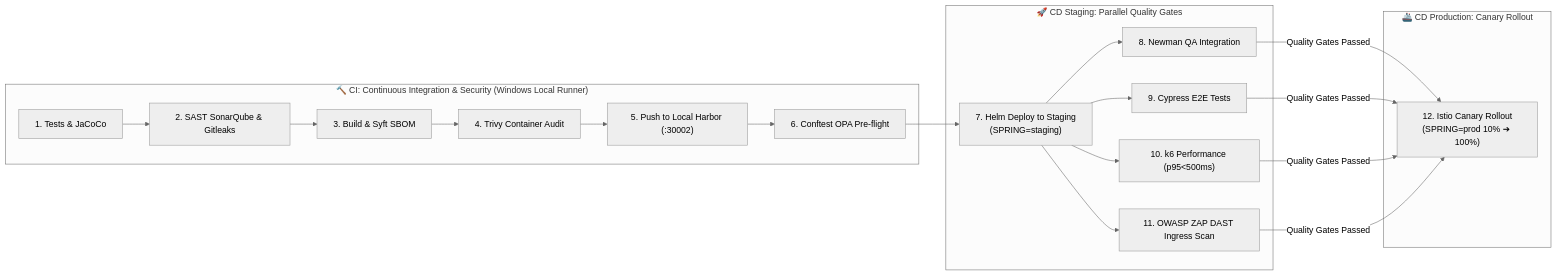
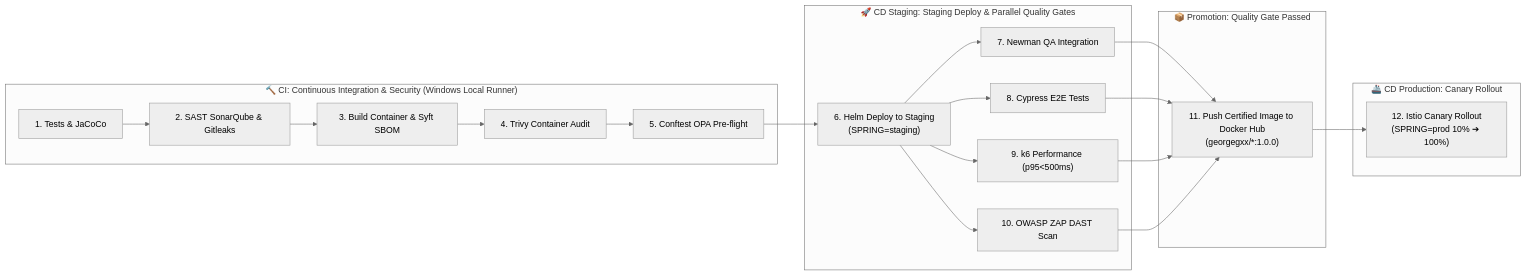
The second of 6 diagrams in README.md (GeorgeGxx/microservices-architecture), drawn with Mermaid (neutral theme) before and after one commit. The commit also changed other lines of this file and 14 other files, not shown here.

Commit message:
fix(devsecops): purge all Harbor residues and standardize on Docker Hub, Gatekeeper trusted registry and Loki

````diff
--- a/README.md
+++ b/README.md
@@ -88,22 +88,25 @@
 ```mermaid
 flowchart LR
     subgraph CI ["🔨 CI: Continuous Integration & Security (Windows Local Runner)"]
         S1["1. Tests & JaCoCo"] --> S2["2. SAST SonarQube & Gitleaks"]
-        S2 --> S3["3. Build & Syft SBOM"]
+        S2 --> S3["3. Build Container & Syft SBOM"]
         S3 --> S4["4. Trivy Container Audit"]
-        S4 --> S5["5. Push to Local Harbor (:30002)"]
-        S5 --> S6["6. Conftest OPA Pre-flight"]
+        S4 --> S5["5. Conftest OPA Pre-flight"]
     end
 
-    subgraph CD_Stg ["🚀 CD Staging: Parallel Quality Gates"]
-        S6 --> S7["7. Helm Deploy to Staging<br/>(SPRING=staging)"]
-        S7 --> S8["8. Newman QA Integration"]
-        S7 --> S9["9. Cypress E2E Tests"]
-        S7 --> S10["10. k6 Performance (p95<500ms)"]
-        S7 --> S11["11. OWASP ZAP DAST Ingress Scan"]
+    subgraph CD_Stg ["🚀 CD Staging: Staging Deploy & Parallel Quality Gates"]
+        S5 --> S6["6. Helm Deploy to Staging<br/>(SPRING=staging)"]
+        S6 --> S7["7. Newman QA Integration"]
+        S6 --> S8["8. Cypress E2E Tests"]
+        S6 --> S9["9. k6 Performance (p95<500ms)"]
+        S6 --> S10["10. OWASP ZAP DAST Scan"]
+    end
+
+    subgraph Gate ["📦 Promotion: Quality Gate Passed"]
+        S7 & S8 & S9 & S10 --> S11["11. Push Certified Image to Docker Hub<br/>(georgegxx/*:1.0.0)"]
     end
 
     subgraph CD_Prod ["🚢 CD Production: Canary Rollout"]
-        S8 & S9 & S10 & S11 -->|Quality Gates Passed| S12["12. Istio Canary Rollout<br/>(SPRING=prod 10% ➔ 100%)"]
+        S11 --> S12["12. Istio Canary Rollout<br/>(SPRING=prod 10% ➔ 100%)"]
     end
 ```
````
